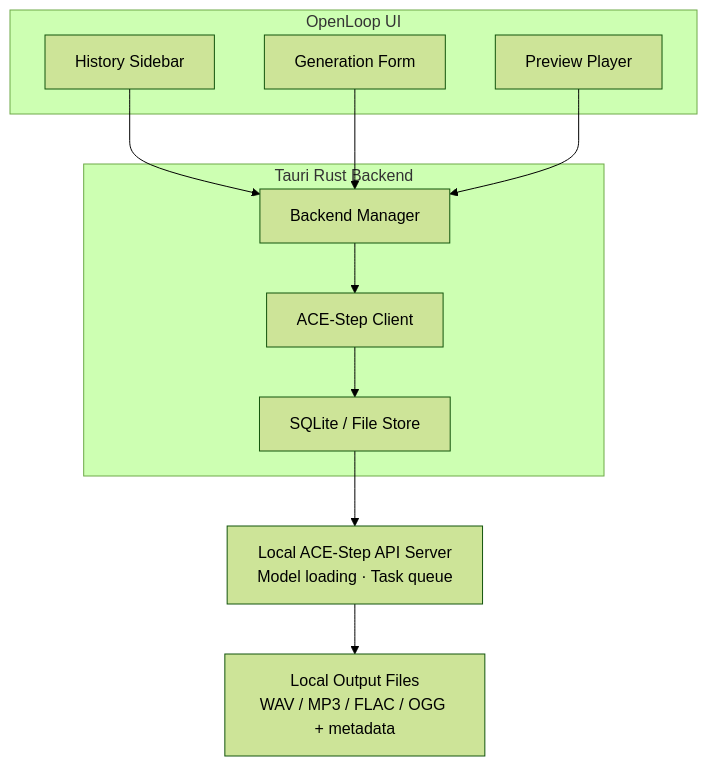
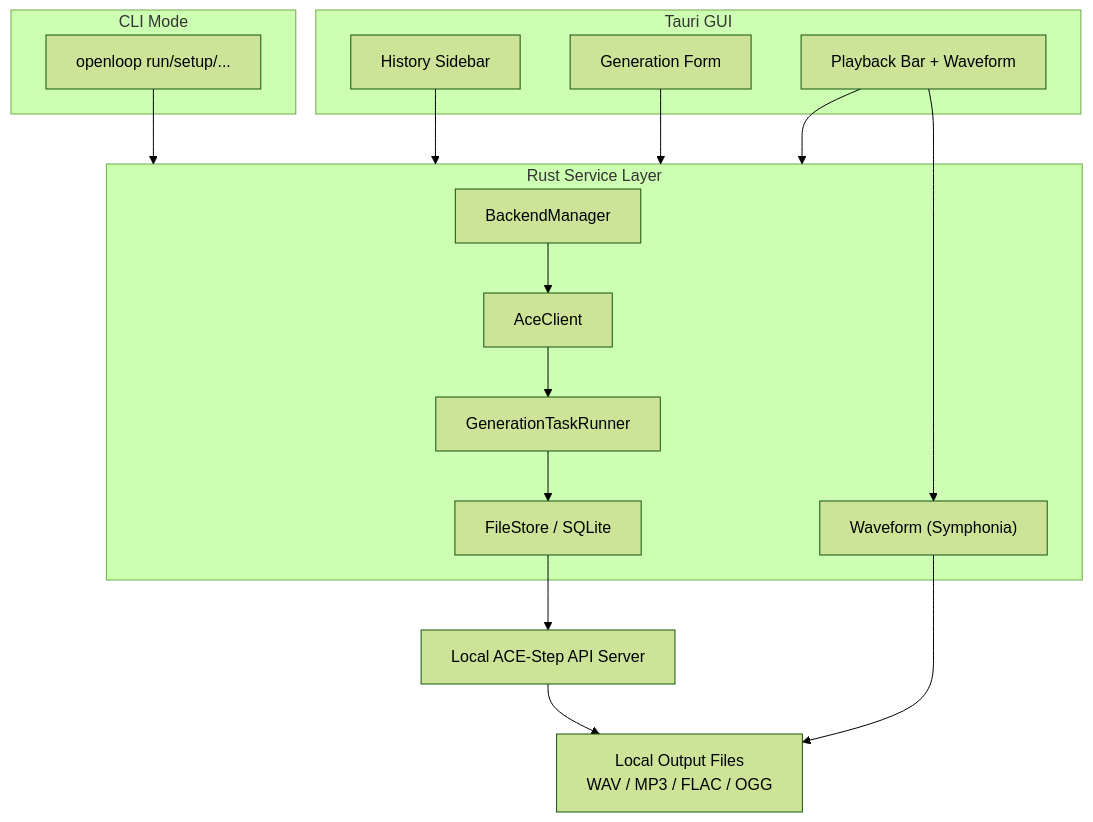
Before and after one commit to thedavidweng/OpenLoop: the diagram in README.md, drawn with Mermaid (forest theme). The commit also changed other lines of this file and 21 other files, not shown here.

````diff
--- a/README.md
+++ b/README.md
@@ -202,19 +202,27 @@
 ```mermaid
 flowchart TB
-  subgraph UI["OpenLoop UI"]
+  subgraph CLI["CLI Mode"]
+    CLI_ENTRY["openloop run/setup/..."]
+  end
+
+  subgraph UI["Tauri GUI"]
     H["History Sidebar"]
     G["Generation Form"]
-    P["Preview Player"]
+    P["Playback Bar + Waveform"]
   end
 
-  subgraph BE["Tauri Rust Backend"]
-    BM["Backend Manager"]
-    AC["ACE-Step Client"]
-    SF["SQLite / File Store"]
+  subgraph BE["Rust Service Layer"]
+    BM["BackendManager"]
+    AC["AceClient"]
+    TR["GenerationTaskRunner"]
+    SF["FileStore / SQLite"]
+    WA["Waveform (Symphonia)"]
   end
 
-  H --> BM
-  G --> BM
-  P --> BM
-  BM --> AC --> SF --> API["Local ACE-Step API Server<br/>Model loading · Task queue"] --> OUT["Local Output Files<br/>WAV / MP3 / FLAC / OGG + metadata"]
+  CLI_ENTRY --> BE
+  H --> BE
+  G --> BE
+  P --> BE
+  BM --> AC --> TR --> SF --> API["Local ACE-Step API Server"] --> OUT["Local Output Files<br/>WAV / MP3 / FLAC / OGG"]
+  P --> WA --> OUT
 ```
````
